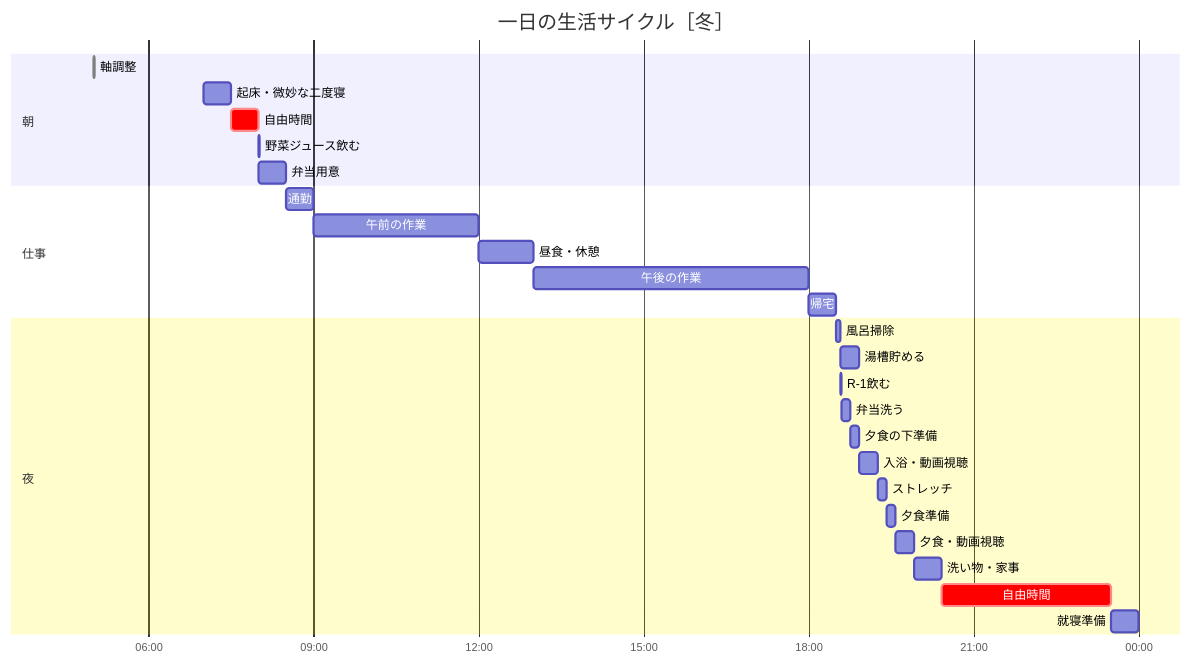
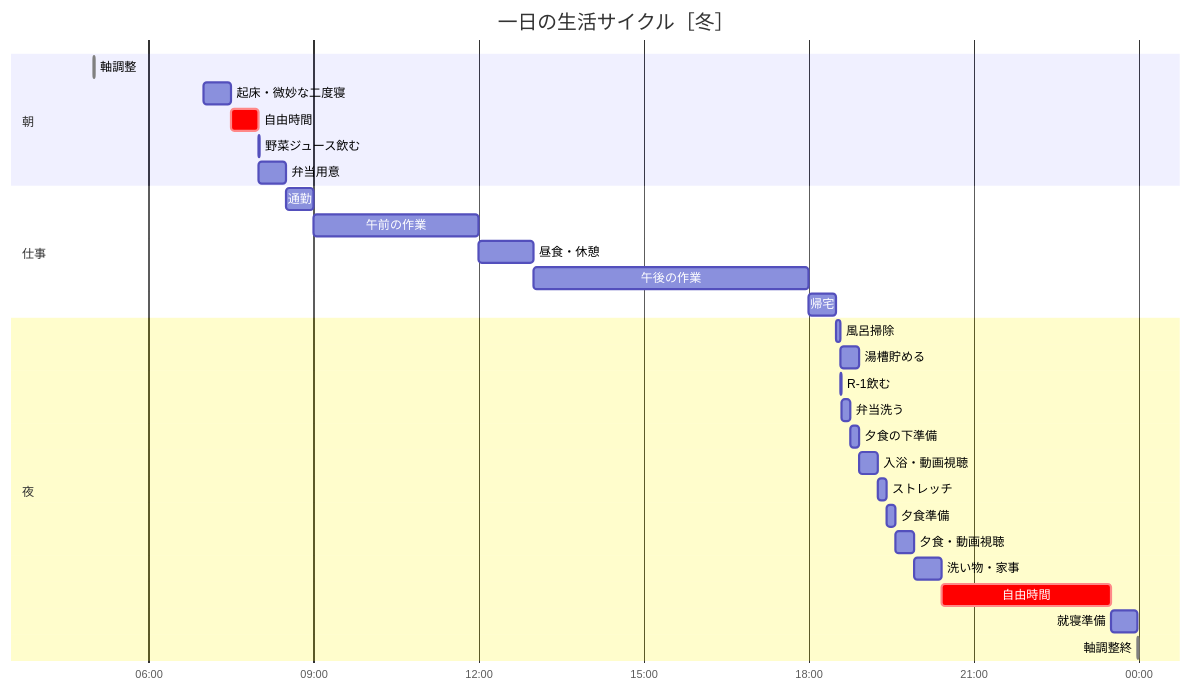
One commit to harurika0303/public-memo changed the third of 3 diagrams in memo/ライフスタイル/一日の生活サイクル.md. Above: the diagram before and after it, drawn with Mermaid. The commit also changed other lines of this file, not shown here.

Commit message:
feat: ガントチャートに軸調整完了マークを追加

````diff
--- a/memo/ライフスタイル/一日の生活サイクル.md
+++ b/memo/ライフスタイル/一日の生活サイクル.md
@@ -85,35 +87,36 @@
 ```mermaid
 gantt
     title 一日の生活サイクル［冬］
     dateFormat HH:mm
     axisFormat %H:%M
     tickInterval 1h
 
     section 朝
     軸調整            :done, 05:00, 1m
     起床・微妙な二度寝                :07:00, 30m
     自由時間             :crit, 07:30, 30m
     野菜ジュース飲む     :08:00, 1m
     弁当用意     :08:00, 30m
 
     section 仕事
     通勤             :08:30, 30m
     午前の作業        :09:00, 3h
     昼食・休憩        :12:00, 1h
     午後の作業        :13:00, 5h
     帰宅             :18:00, 30m
 
     section 夜
     風呂掃除        :18:30, 5m
     湯槽貯める        :18:35, 20m
     R-1飲む        :18:35, 1m
     弁当洗う        :18:36, 10m
     夕食の下準備        :18:46, 9m
     入浴・動画視聴        :18:55, 20m
     ストレッチ        :19:15, 10m
     夕食準備        :19:25, 10m
     夕食・動画視聴        :19:35, 20m
     洗い物・家事        :19:55, 30m
     自由時間          :crit, 20:25, 185m
-    就寝準備          :23:30, 30m
+    就寝準備          :23:30, 29m
+    軸調整終          :done, 23:59, 1m
 ```
````
